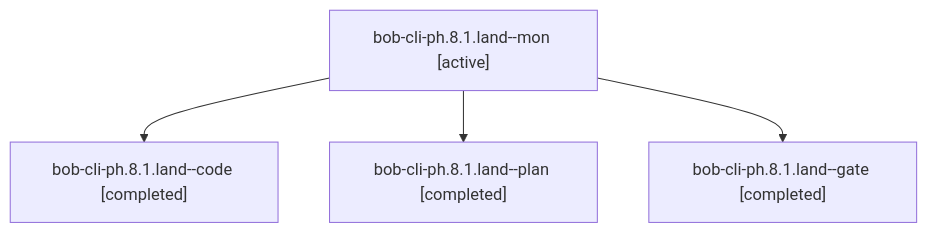
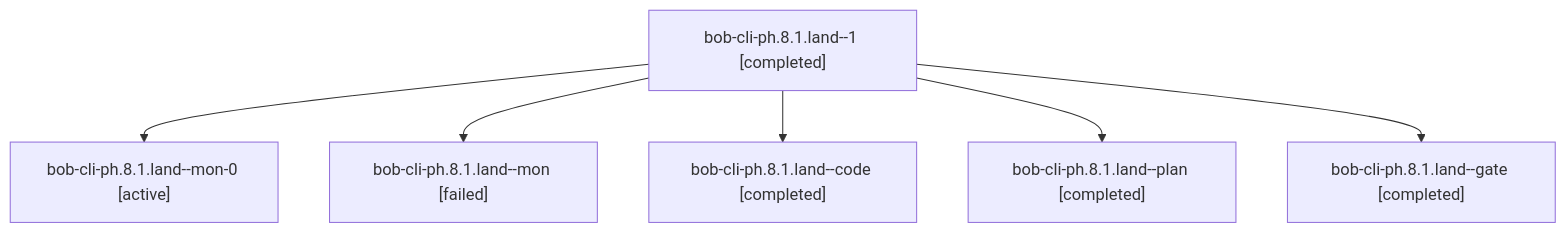
One commit to bobs-org/bob-cli--agents changed the diagram in sessions/bbugyi200.apollo.bob-cli-ph.8.1.land.md. Above: the diagram before and after it, drawn with Mermaid. The commit also changed other lines of this file and 190 other files, not shown here.

````diff
--- a/sessions/bbugyi200.apollo.bob-cli-ph.8.1.land.md
+++ b/sessions/bbugyi200.apollo.bob-cli-ph.8.1.land.md
@@ -9,10 +9,14 @@
 ```mermaid
 flowchart TD
-  n0["bob-cli-ph.8.1.land--mon [active]"]
-  n1["bob-cli-ph.8.1.land--code [completed]"]
+  n0["bob-cli-ph.8.1.land--1 [completed]"]
+  n1["bob-cli-ph.8.1.land--mon-0 [active]"]
   n0 --> n1
-  n2["bob-cli-ph.8.1.land--plan [completed]"]
+  n2["bob-cli-ph.8.1.land--mon [failed]"]
   n0 --> n2
-  n3["bob-cli-ph.8.1.land--gate [completed]"]
+  n3["bob-cli-ph.8.1.land--code [completed]"]
   n0 --> n3
+  n4["bob-cli-ph.8.1.land--plan [completed]"]
+  n0 --> n4
+  n5["bob-cli-ph.8.1.land--gate [completed]"]
+  n0 --> n5
 ```
````
